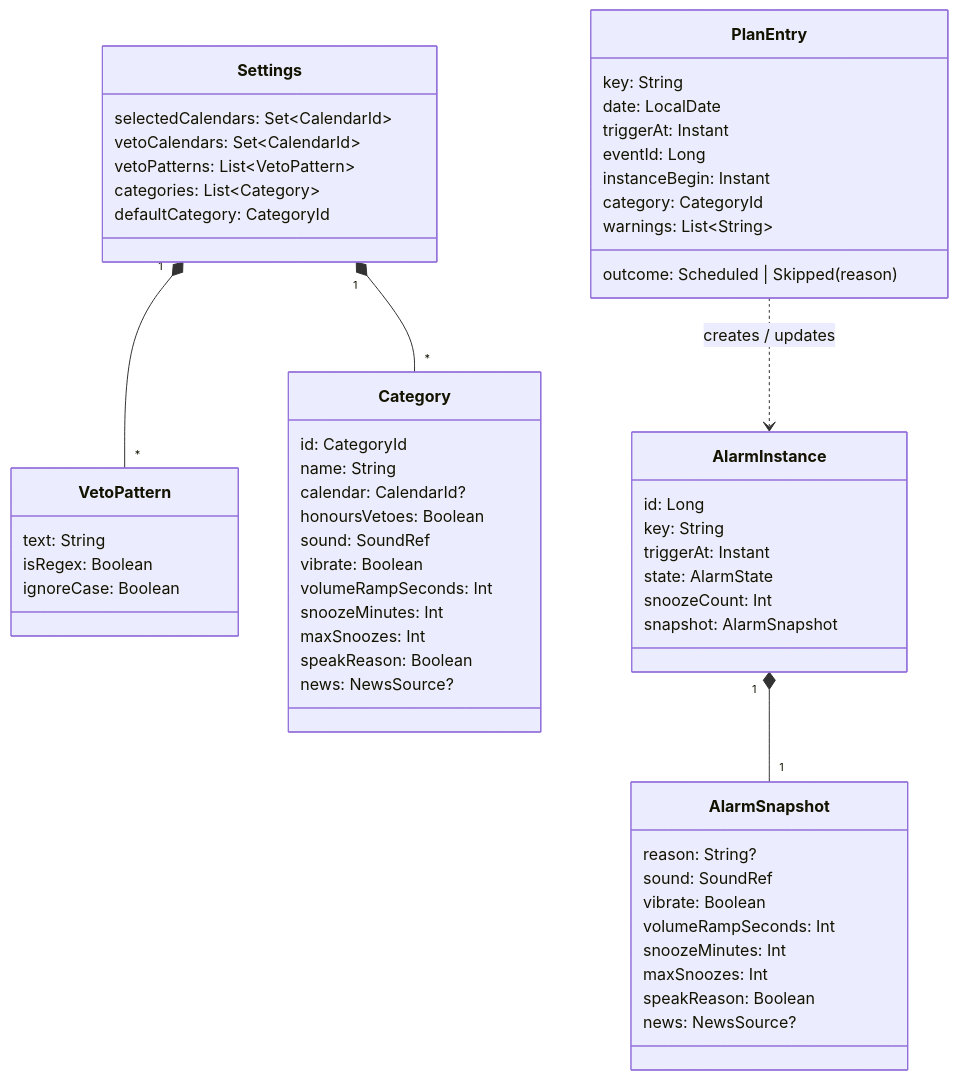
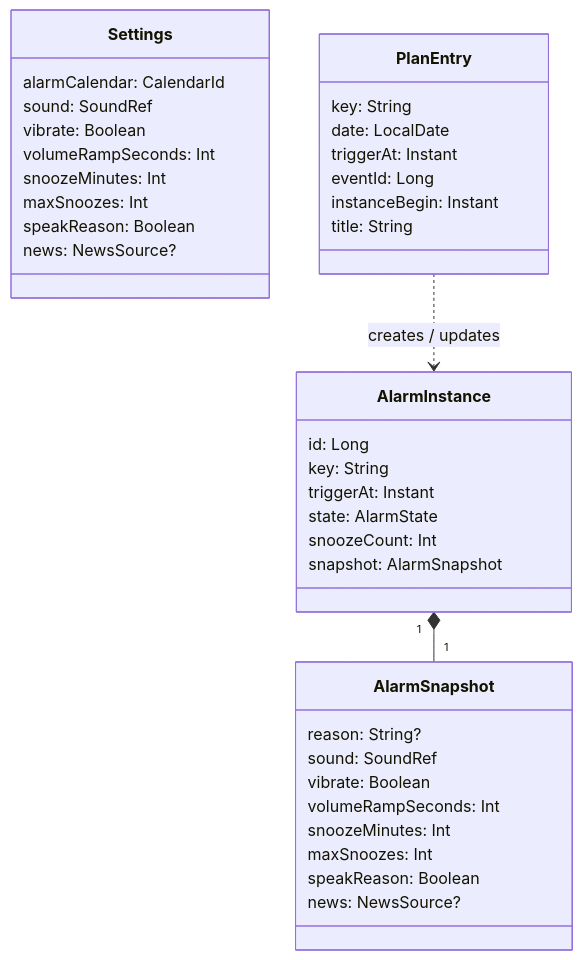
One commit to drehtuer/NextAlarmApp changed the fourth of 4 diagrams in docs/architecture.md. Above: the diagram before and after it, drawn with Mermaid. The commit also changed other lines of this file and 4 other files, not shown here.

First line of the commit message:
Take alarms from a dedicated alarm calendar

````diff
--- a/docs/architecture.md
+++ b/docs/architecture.md
@@ -213,60 +206,41 @@
 ```mermaid
 classDiagram
     class Settings {
-        selectedCalendars: Set~CalendarId~
-        vetoCalendars: Set~CalendarId~
-        vetoPatterns: List~VetoPattern~
-        categories: List~Category~
-        defaultCategory: CategoryId
-    }
-    class VetoPattern {
-        text: String
-        isRegex: Boolean
-        ignoreCase: Boolean
-    }
-    class Category {
-        id: CategoryId
-        name: String
-        calendar: CalendarId?
-        honoursVetoes: Boolean
+        alarmCalendar: CalendarId
         sound: SoundRef
         vibrate: Boolean
         volumeRampSeconds: Int
         snoozeMinutes: Int
         maxSnoozes: Int
         speakReason: Boolean
         news: NewsSource?
     }
     class PlanEntry {
         key: String
         date: LocalDate
         triggerAt: Instant
         eventId: Long
         instanceBegin: Instant
-        category: CategoryId
-        outcome: Scheduled | Skipped(reason)
-        warnings: List~String~
+        title: String
     }
     class AlarmInstance {
         id: Long
         key: String
         triggerAt: Instant
         state: AlarmState
         snoozeCount: Int
         snapshot: AlarmSnapshot
     }
     class AlarmSnapshot {
         reason: String?
         sound: SoundRef
         vibrate: Boolean
         volumeRampSeconds: Int
         snoozeMinutes: Int
         maxSnoozes: Int
         speakReason: Boolean
         news: NewsSource?
     }
-    Settings "1" *-- "*" VetoPattern
-    Settings "1" *-- "*" Category
     AlarmInstance "1" *-- "1" AlarmSnapshot
     PlanEntry ..> AlarmInstance : creates / updates
 ```
````
